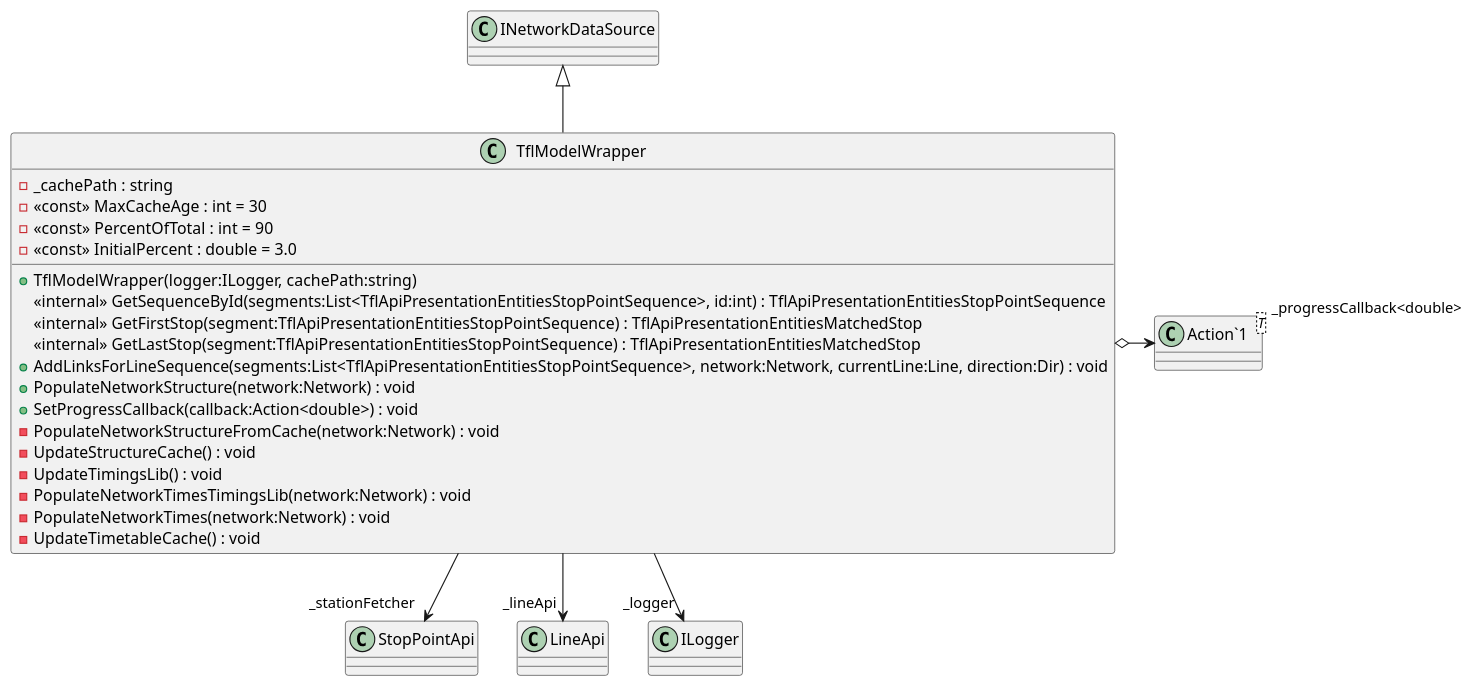
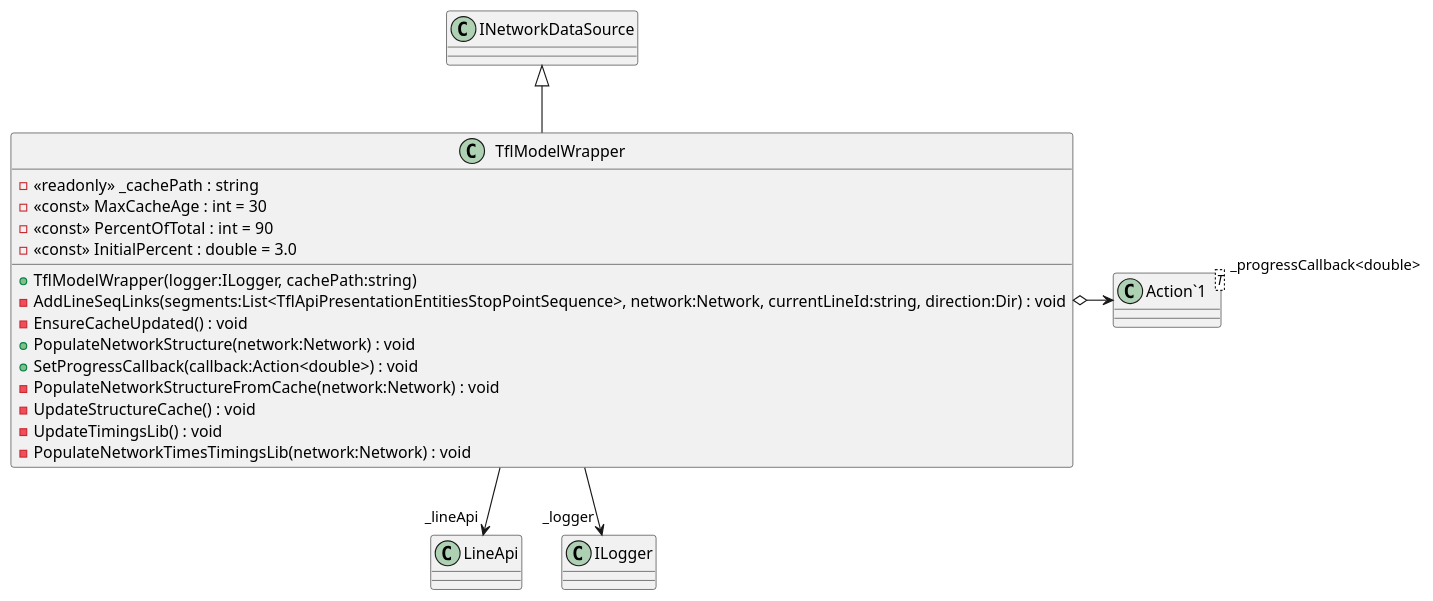
One commit to Liftyee/london-tube-navigator changed the diagram in TubeChallengeRouter/puml/DataFetcher/TflModelWrapper.puml. Above: the diagram before and after it, drawn with PlantUML. The commit also changed 19 other files, not shown here.

```diff
--- a/TubeChallengeRouter/puml/DataFetcher/TflModelWrapper.puml
+++ b/TubeChallengeRouter/puml/DataFetcher/TflModelWrapper.puml
@@ -1,28 +1,23 @@
 @startuml
 class TflModelWrapper {
-    - _cachePath : string
+    - <<readonly>> _cachePath : string
     - <<const>> MaxCacheAge : int = 30
     - <<const>> PercentOfTotal : int = 90
     - <<const>> InitialPercent : double = 3.0
     + TflModelWrapper(logger:ILogger, cachePath:string)
-    <<internal>> GetSequenceById(segments:List<TflApiPresentationEntitiesStopPointSequence>, id:int) : TflApiPresentationEntitiesStopPointSequence
-    <<internal>> GetFirstStop(segment:TflApiPresentationEntitiesStopPointSequence) : TflApiPresentationEntitiesMatchedStop
-    <<internal>> GetLastStop(segment:TflApiPresentationEntitiesStopPointSequence) : TflApiPresentationEntitiesMatchedStop
-    + AddLinksForLineSequence(segments:List<TflApiPresentationEntitiesStopPointSequence>, network:Network, currentLine:Line, direction:Dir) : void
+    - AddLineSeqLinks(segments:List<TflApiPresentationEntitiesStopPointSequence>, network:Network, currentLineId:string, direction:Dir) : void
+    - EnsureCacheUpdated() : void
     + PopulateNetworkStructure(network:Network) : void
     + SetProgressCallback(callback:Action<double>) : void
     - PopulateNetworkStructureFromCache(network:Network) : void
     - UpdateStructureCache() : void
     - UpdateTimingsLib() : void
     - PopulateNetworkTimesTimingsLib(network:Network) : void
-    - PopulateNetworkTimes(network:Network) : void
-    - UpdateTimetableCache() : void
 }
 class "Action`1"<T> {
 }
 INetworkDataSource <|-- TflModelWrapper
-TflModelWrapper --> "_stationFetcher" StopPointApi
 TflModelWrapper --> "_lineApi" LineApi
 TflModelWrapper --> "_logger" ILogger
 TflModelWrapper o-> "_progressCallback<double>" "Action`1"
 @enduml
```
